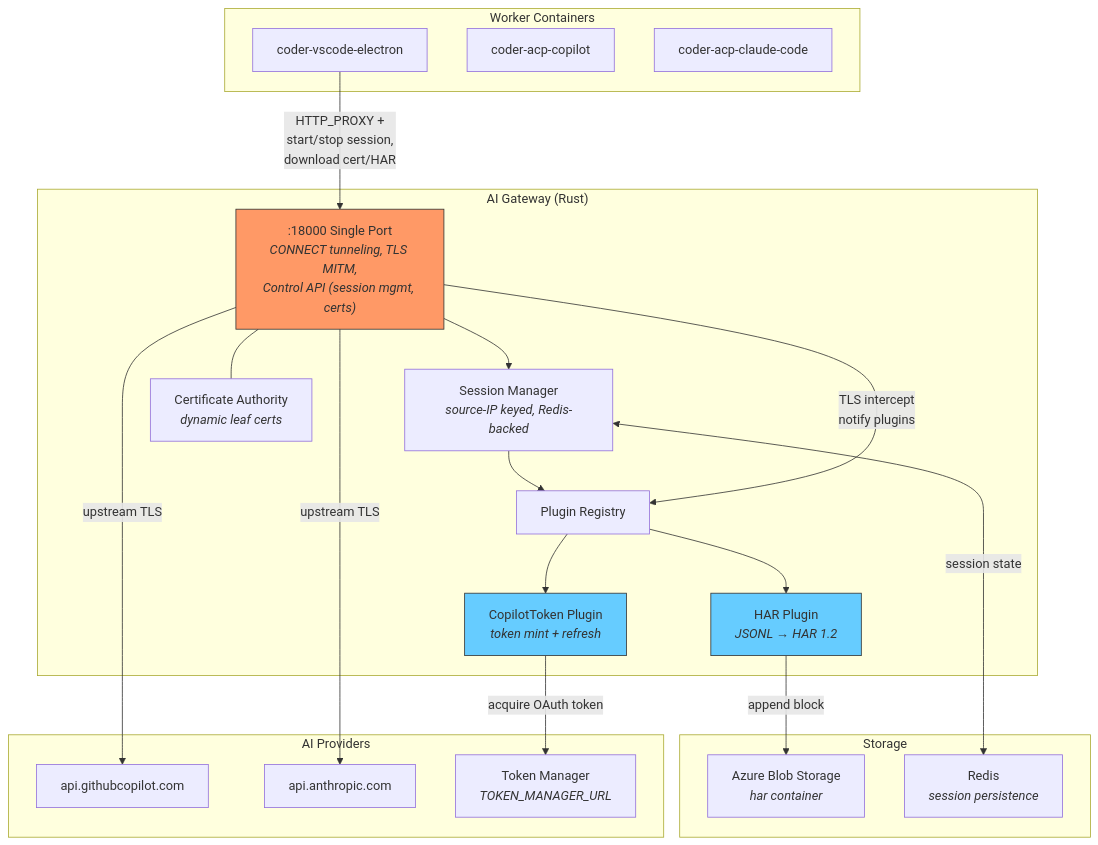
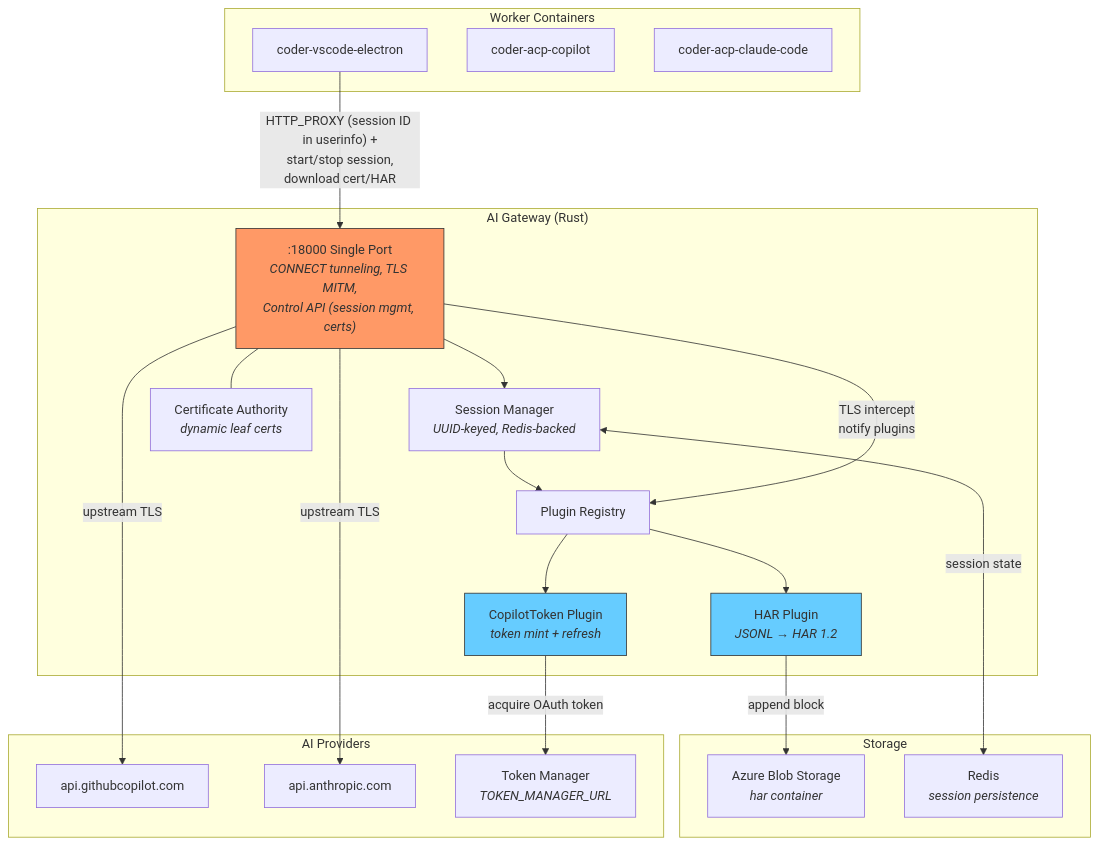
Before and after one commit to Gile987/scope: the first of 5 diagrams in docs/architecture/ai-gateway.md, drawn with Mermaid. The commit also changed other lines of this file, not shown here.

First line of the commit message:
docs: update gateway and electron worker docs for Proxy-Authorization session identity

````diff
--- a/docs/architecture/ai-gateway.md
+++ b/docs/architecture/ai-gateway.md
@@ -23,45 +23,45 @@
 ```mermaid
 flowchart TB
     subgraph Workers["Worker Containers"]
         W1["coder-vscode-electron"]
         W2["coder-acp-copilot"]
         W3["coder-acp-claude-code"]
     end
 
     subgraph GW["AI Gateway (Rust)"]
         PX[":18000 Single Port<br/><i>CONNECT tunneling, TLS MITM,<br/>Control API (session mgmt, certs)</i>"]
-        SM["Session Manager<br/><i>source-IP keyed, Redis-backed</i>"]
+        SM["Session Manager<br/><i>UUID-keyed, Redis-backed</i>"]
         PR["Plugin Registry"]
         HAR["HAR Plugin<br/><i>JSONL → HAR 1.2</i>"]
         CT["CopilotToken Plugin<br/><i>token mint + refresh</i>"]
         CA["Certificate Authority<br/><i>dynamic leaf certs</i>"]
     end
 
     subgraph Storage["Storage"]
         BLOB["Azure Blob Storage<br/><i>har container</i>"]
         REDIS["Redis<br/><i>session persistence</i>"]
     end
 
     subgraph Upstream["AI Providers"]
         GH["api.githubcopilot.com"]
         AN["api.anthropic.com"]
         TM["Token Manager<br/><i>TOKEN_MANAGER_URL</i>"]
     end
 
-    W1 -->|"HTTP_PROXY +<br/>start/stop session,<br/>download cert/HAR"| PX
+    W1 -->|"HTTP_PROXY (session ID in userinfo) +<br/>start/stop session,<br/>download cert/HAR"| PX
     PX --> SM
     SM --> PR
     SM <-->|"session state"| REDIS
     PR --> HAR
     PR --> CT
     HAR -->|"append block"| BLOB
     CT -->|"acquire OAuth token"| TM
     PX -->|"TLS intercept<br/>notify plugins"| PR
     PX -->|"upstream TLS"| GH
     PX -->|"upstream TLS"| AN
     PX --- CA
 
     style PX fill:#f96,stroke:#333
     style HAR fill:#6cf,stroke:#333
     style CT fill:#6cf,stroke:#333
 ```
````
